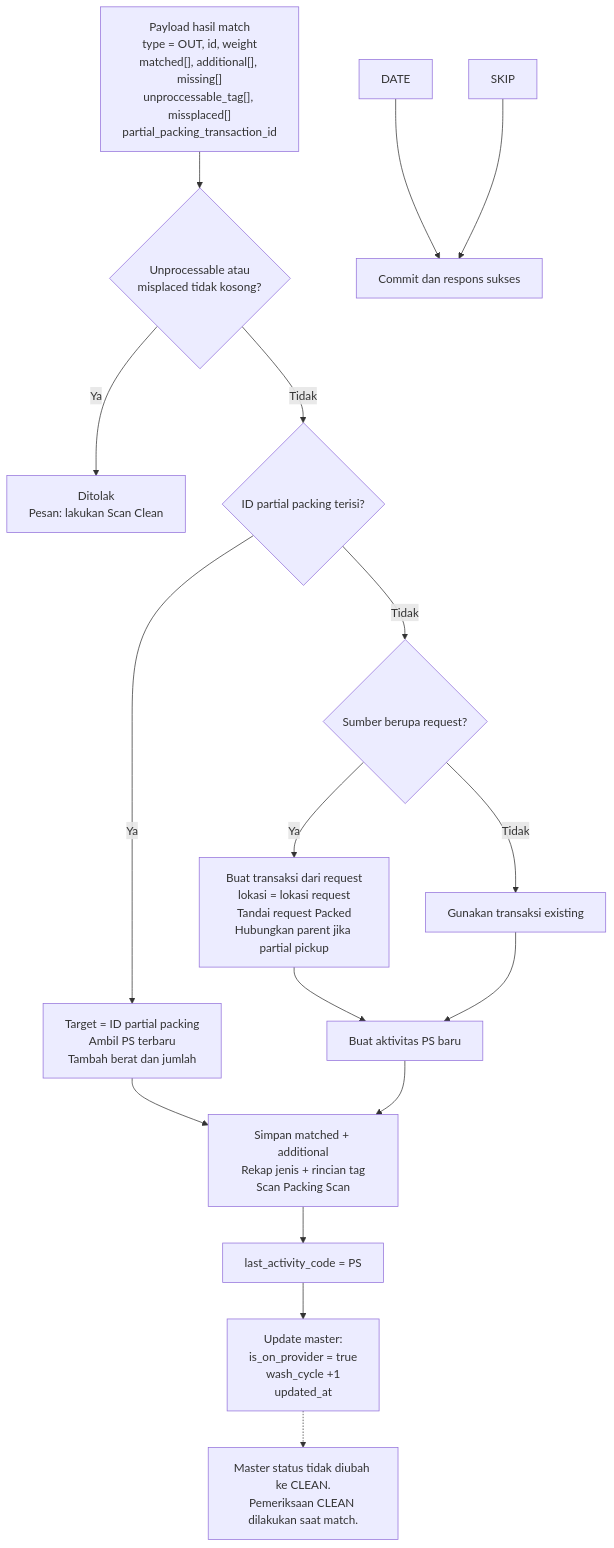
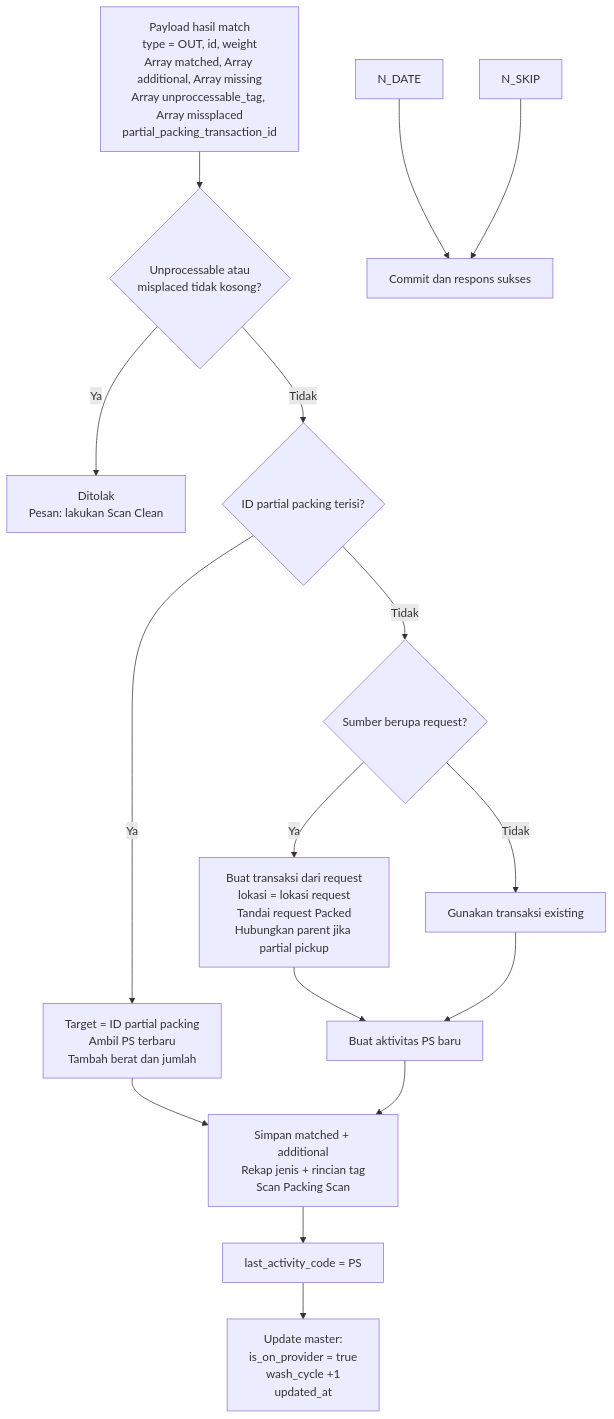
The second of 2 diagrams in laundry-activities/packing-scan.md (bagaskrmn/bac-flow-laundry), drawn with Mermaid before and after one commit. The commit also changed other lines of this file and 2 other files, not shown here.

````diff
--- a/laundry-activities/packing-scan.md
+++ b/laundry-activities/packing-scan.md
@@ -45,24 +45,22 @@
 ```mermaid
 flowchart TD
-    IN["Payload hasil match<br/>type = OUT, id, weight<br/>matched[], additional[], missing[]<br/>unproccessable_tag[], missplaced[]<br/>partial_packing_transaction_id"]
+    N_IN["Payload hasil match<br/>type = OUT, id, weight<br/>Array matched, Array additional, Array missing<br/>Array unproccessable_tag, Array missplaced<br/>partial_packing_transaction_id"]
 
-    IN --> BLOCK{"Unprocessable atau<br/>misplaced tidak kosong?"}
-    BLOCK -->|Ya| REJECT["Ditolak<br/>Pesan: lakukan Scan Clean"]
-    BLOCK -->|Tidak| MODE{"ID partial packing terisi?"}
+    N_IN --> N_BLOCK{"Unprocessable atau<br/>misplaced tidak kosong?"}
+    N_BLOCK -->|Ya| N_REJECT["Ditolak<br/>Pesan: lakukan Scan Clean"]
+    N_BLOCK -->|Tidak| N_MODE{"ID partial packing terisi?"}
 
-    MODE -->|Ya| PART["Target = ID partial packing<br/>Ambil PS terbaru<br/>Tambah berat dan jumlah"]
-    MODE -->|Tidak| SOURCE{"Sumber berupa request?"}
-    SOURCE -->|Ya| REQ["Buat transaksi dari request<br/>lokasi = lokasi request<br/>Tandai request Packed<br/>Hubungkan parent jika partial pickup"]
-    SOURCE -->|Tidak| NORMAL["Gunakan transaksi existing"]
-    REQ --> CREATE["Buat aktivitas PS baru"]
-    NORMAL --> CREATE
+    N_MODE -->|Ya| N_PART["Target = ID partial packing<br/>Ambil PS terbaru<br/>Tambah berat dan jumlah"]
+    N_MODE -->|Tidak| N_SOURCE{"Sumber berupa request?"}
+    N_SOURCE -->|Ya| N_REQ["Buat transaksi dari request<br/>lokasi = lokasi request<br/>Tandai request Packed<br/>Hubungkan parent jika partial pickup"]
+    N_SOURCE -->|Tidak| N_NORMAL["Gunakan transaksi existing"]
+    N_REQ --> N_CREATE["Buat aktivitas PS baru"]
+    N_NORMAL --> N_CREATE
 
-    PART --> SAVE["Simpan matched + additional<br/>Rekap jenis + rincian tag<br/>Scan Packing Scan"]
-    CREATE --> SAVE
-    SAVE --> TRX["last_activity_code = PS"]
-    TRX --> MASTER["Update master:<br/>is_on_provider = true<br/>wash_cycle +1<br/>updated_at"]
-    DATE --> DONE["Commit dan respons sukses"]
-    SKIP --> DONE
-
-    MASTER -.-> STATUS["Master status tidak diubah ke CLEAN.<br/>Pemeriksaan CLEAN dilakukan saat match."]
+    N_PART --> N_SAVE["Simpan matched + additional<br/>Rekap jenis + rincian tag<br/>Scan Packing Scan"]
+    N_CREATE --> N_SAVE
+    N_SAVE --> N_TRX["last_activity_code = PS"]
+    N_TRX --> N_MASTER["Update master:<br/>is_on_provider = true<br/>wash_cycle +1<br/>updated_at"]
+    N_DATE --> N_DONE["Commit dan respons sukses"]
+    N_SKIP --> N_DONE
 ```
````
